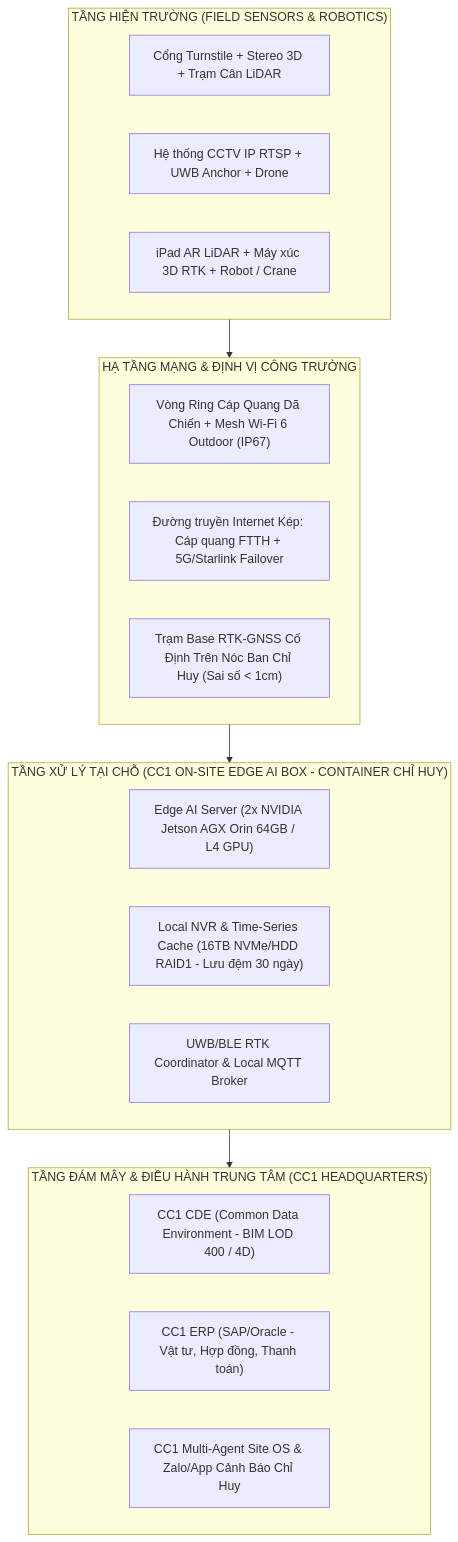
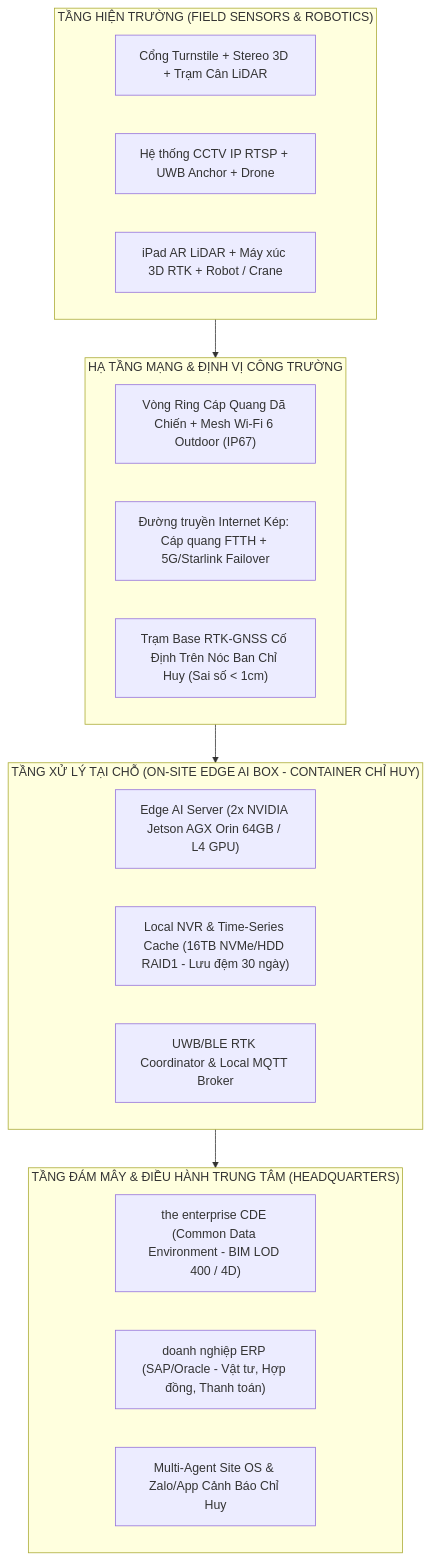
Before and after one commit to jangtrinh/ai-construction-knowledge-pack: the first of 2 diagrams in TECHNICAL_ARCHITECTURE_TOUCHPOINTS.md, drawn with Mermaid. The commit also changed other lines of this file and 36 other files, not shown here.

````diff
--- a/TECHNICAL_ARCHITECTURE_TOUCHPOINTS.md
+++ b/TECHNICAL_ARCHITECTURE_TOUCHPOINTS.md
@@ -17,28 +17,28 @@
 ```mermaid
 flowchart TB
     subgraph FIELD["TẦNG HIỆN TRƯỜNG (FIELD SENSORS & ROBOTICS)"]
         T1["Cổng Turnstile + Stereo 3D + Trạm Cân LiDAR"]
         T2["Hệ thống CCTV IP RTSP + UWB Anchor + Drone"]
         T3["iPad AR LiDAR + Máy xúc 3D RTK + Robot / Crane"]
     end
 
-    subgraph EDGE["TẦNG XỬ LÝ TẠI CHỖ (CC1 ON-SITE EDGE AI BOX - CONTAINER CHỈ HUY)"]
+    subgraph EDGE["TẦNG XỬ LÝ TẠI CHỖ (ON-SITE EDGE AI BOX - CONTAINER CHỈ HUY)"]
         E1["Edge AI Server (2x NVIDIA Jetson AGX Orin 64GB / L4 GPU)"]
         E2["Local NVR & Time-Series Cache (16TB NVMe/HDD RAID1 - Lưu đệm 30 ngày)"]
         E3["UWB/BLE RTK Coordinator & Local MQTT Broker"]
     end
 
     subgraph NET["HẠ TẦNG MẠNG & ĐỊNH VỊ CÔNG TRƯỜNG"]
         N1["Vòng Ring Cáp Quang Dã Chiến + Mesh Wi-Fi 6 Outdoor (IP67)"]
         N2["Đường truyền Internet Kép: Cáp quang FTTH + 5G/Starlink Failover"]
         N3["Trạm Base RTK-GNSS Cố Định Trên Nóc Ban Chỉ Huy (Sai số < 1cm)"]
     end
 
-    subgraph CLOUD["TẦNG ĐÁM MÂY & ĐIỀU HÀNH TRUNG TÂM (CC1 HEADQUARTERS)"]
-        C1["CC1 CDE (Common Data Environment - BIM LOD 400 / 4D)"]
-        C2["CC1 ERP (SAP/Oracle - Vật tư, Hợp đồng, Thanh toán)"]
-        C3["CC1 Multi-Agent Site OS & Zalo/App Cảnh Báo Chỉ Huy"]
+    subgraph CLOUD["TẦNG ĐÁM MÂY & ĐIỀU HÀNH TRUNG TÂM (HEADQUARTERS)"]
+        C1["the enterprise CDE (Common Data Environment - BIM LOD 400 / 4D)"]
+        C2["doanh nghiệp ERP (SAP/Oracle - Vật tư, Hợp đồng, Thanh toán)"]
+        C3["Multi-Agent Site OS & Zalo/App Cảnh Báo Chỉ Huy"]
     end
 
     FIELD --> NET --> EDGE --> CLOUD
 ```
````
